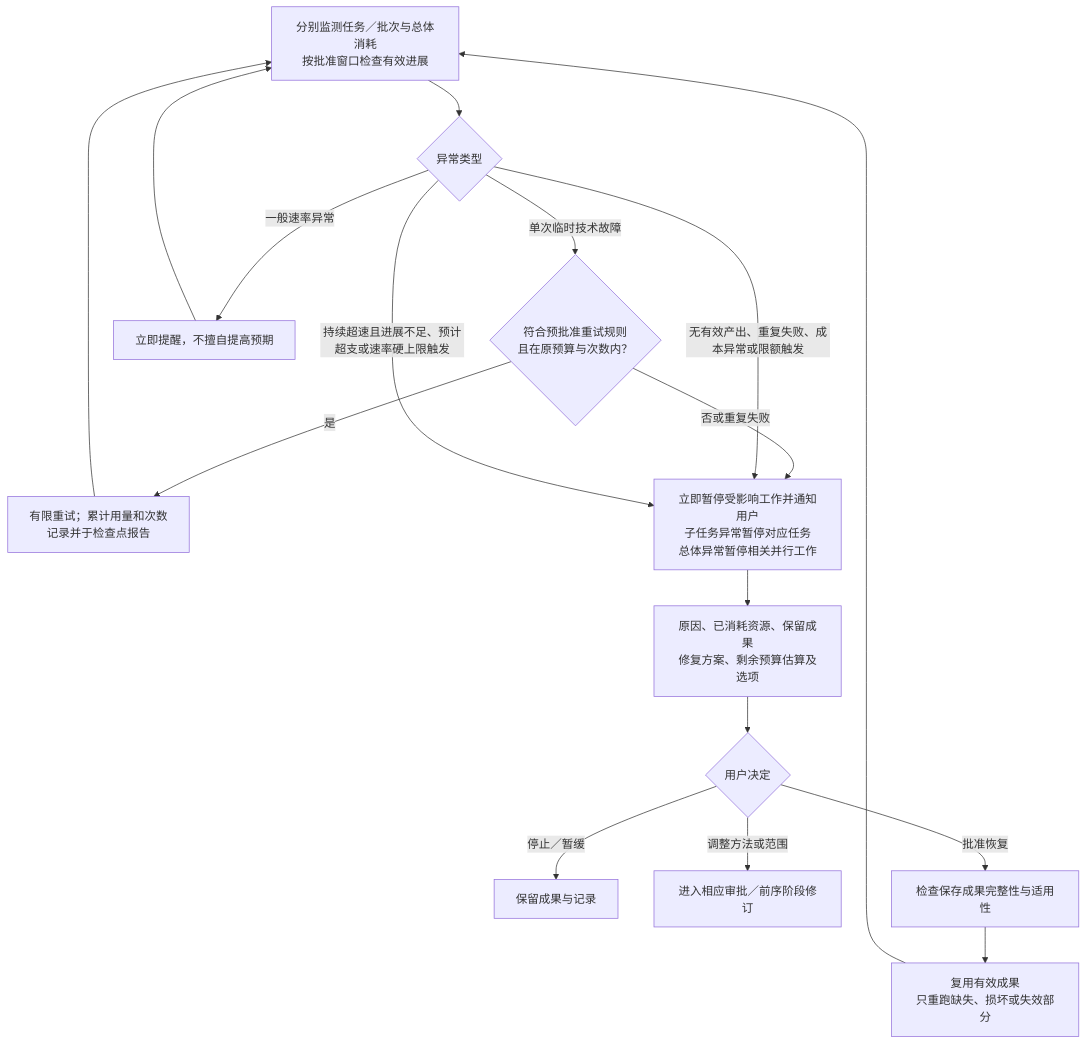
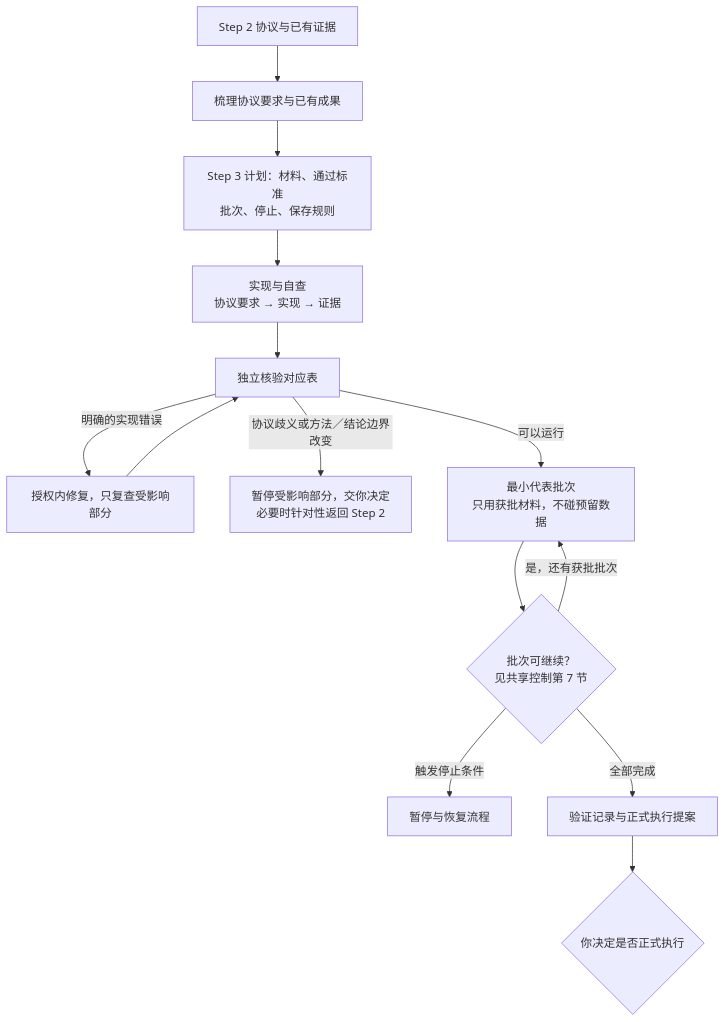
The diagram in docs/step-3.md (reinafeng2006/research-workflow), drawn with Mermaid before and after one commit. The commit also changed other lines of this file and 10 other files, not shown here.

````diff
--- a/docs/step-3.md
+++ b/docs/step-3.md
@@ -60,19 +19,16 @@
 ```mermaid
 flowchart TD
-    MON["分别监测任务／批次与总体消耗<br/>按批准窗口检查有效进展"] --> EVENT{"异常类型"}
-    EVENT -->|单次临时技术故障| RETRY{"符合预批准重试规则<br/>且在原预算与次数内？"}
-    RETRY -->|是| TRY["有限重试；累计用量和次数<br/>记录并于检查点报告"]
-    TRY --> MON
-    RETRY -->|否或重复失败| PAUSE
-    EVENT -->|一般速率异常| ALERT["立即提醒，不擅自提高预期"]
-    ALERT --> MON
-    EVENT -->|无有效产出、重复失败、成本异常或限额触发| PAUSE
-    EVENT -->|持续超速且进展不足、预计超支或速率硬上限触发| PAUSE
-    PAUSE["立即暂停受影响工作并通知用户<br/>子任务异常暂停对应任务<br/>总体异常暂停相关并行工作"] --> REPORT
-    REPORT["原因、已消耗资源、保留成果<br/>修复方案、剩余预算估算及选项"] --> HUMAN{"用户决定"}
-    HUMAN -->|停止／暂缓| STOP["保留成果与记录"]
-    HUMAN -->|调整方法或范围| CHANGE["进入相应审批／前序阶段修订"]
-    HUMAN -->|批准恢复| RESTORE["检查保存成果完整性与适用性"]
-    RESTORE --> VALID["复用有效成果<br/>只重跑缺失、损坏或失效部分"]
-    VALID --> MON
+    IN["Step 2 协议与已有证据"] --> MAP["梳理协议要求与已有成果"]
+    MAP --> PLAN["Step 3 计划：材料、通过标准<br/>批次、停止、保存规则"]
+    PLAN --> BUILD["实现与自查<br/>协议要求 → 实现 → 证据"]
+    BUILD --> VER["独立核验对应表"]
+    VER -->|明确的实现错误| FIX["授权内修复，只复查受影响部分"]
+    FIX --> VER
+    VER -->|协议歧义或方法／结论边界改变| UP["暂停受影响部分，交你决定<br/>必要时针对性返回 Step 2"]
+    VER -->|可以运行| BATCH["最小代表批次<br/>只用获批材料，不碰预留数据"]
+    BATCH --> RT{"批次可继续？<br/>见共享控制第 7 节"}
+    RT -->|是，还有获批批次| BATCH
+    RT -->|触发停止条件| PAUSE["暂停与恢复流程"]
+    RT -->|全部完成| FINAL["验证记录与正式执行提案"]
+    FINAL --> D{"你决定是否正式执行"}
 ```
````
